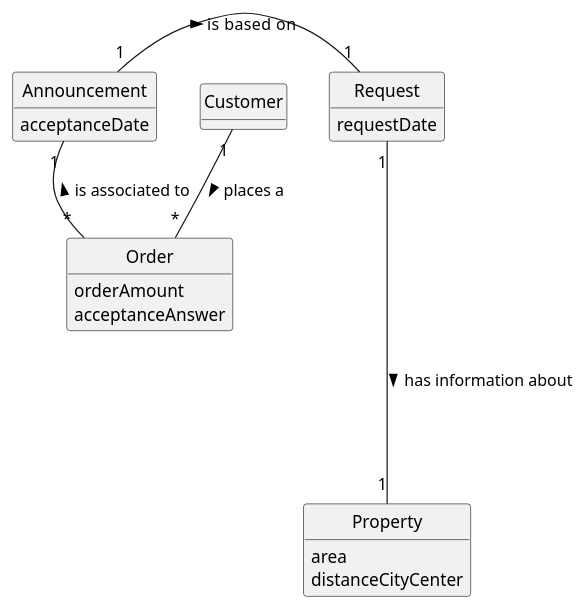
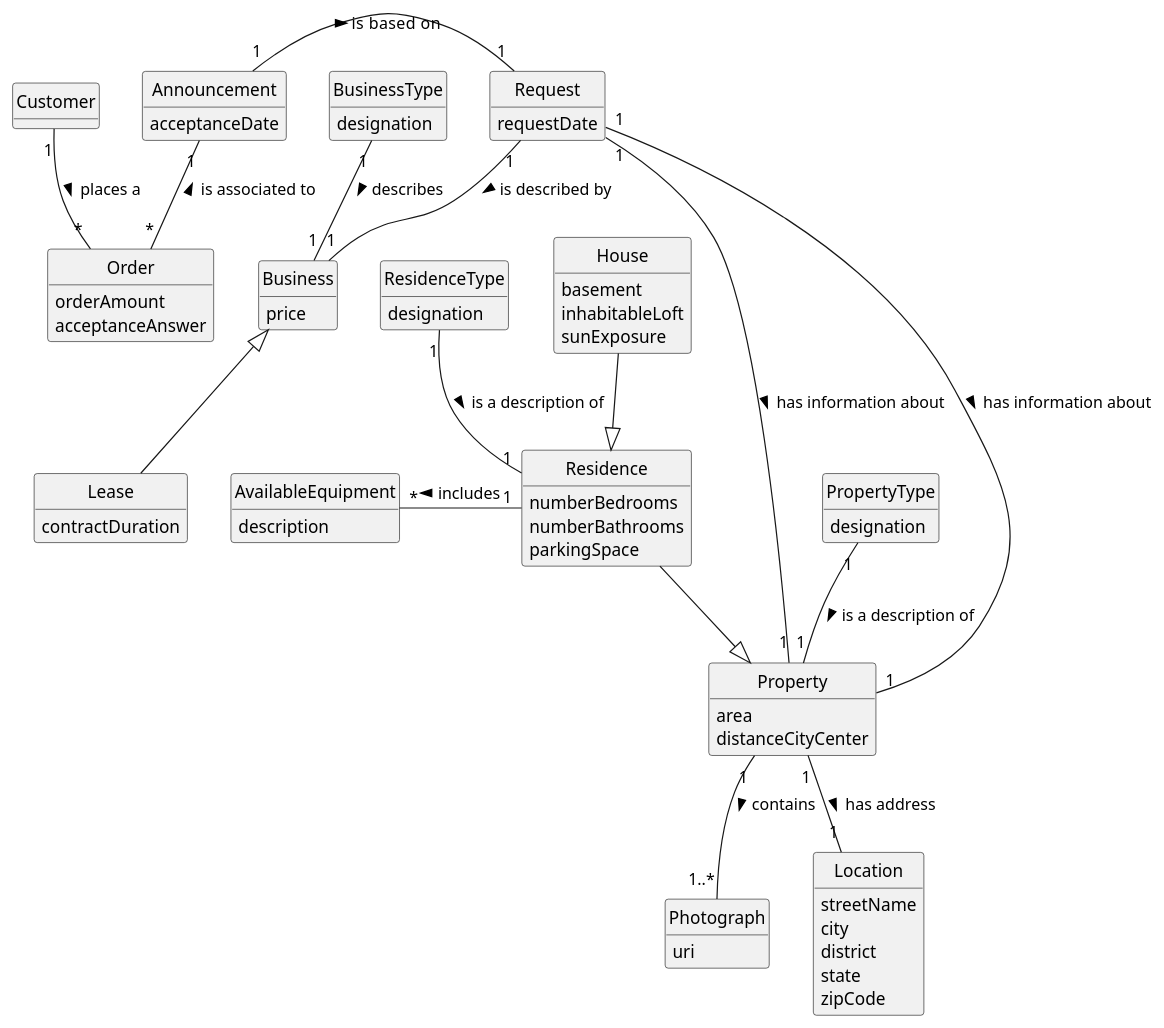
One commit to rita-barbosa/LAPR2-2223 changed the diagram in docs/sprintC/us010/02.analysis/puml/us010-domain-model.puml. Above: the diagram before and after it, drawn with PlantUML. The commit also changed 5 other files, not shown here.

```diff
--- a/docs/sprintC/us010/02.analysis/puml/us010-domain-model.puml
+++ b/docs/sprintC/us010/02.analysis/puml/us010-domain-model.puml
@@ -1,46 +1,109 @@
 @startuml
 skinparam monochrome true
 skinparam packageStyle rectangle
 skinparam shadowing false
 
 'left to right direction
 
 skinparam classAttributeIconSize 0
 
 hide circle
 hide methods
 
 'title Domain Model
 
 'class Platform {
 '  -description
 '}
 
 class Customer{
 }
 
 class Property{
  area
  distanceCityCenter
 }
 
 class Order {
 orderAmount
 acceptanceAnswer
 }
 
 class Announcement{
 acceptanceDate
 }
 
 class Request{
 requestDate
 }
 
+class Residence{
+numberBedrooms
+numberBathrooms
+parkingSpace
+}
+
+class AvailableEquipment{
+description
+}
+
+class House{
+ basement
+ inhabitableLoft
+ sunExposure
+}
+
+class PropertyType{
+designation
+}
+
+class ResidenceType{
+designation
+}
+
+class Photograph{
+uri
+}
+
+class Location{
+streetName
+city
+district
+state
+zipCode
+}
+
+class Business{
+price
+}
+
+class BusinessType{
+designation
+}
+
+class Lease{
+contractDuration
+}
+
+
+
+
 
 Customer "1" -- "*" Order : places a >
 Order "*" -up- "1" Announcement : is associated to >
 Announcement "1" - "1" Request : is  based on >
 Property "1" -up--- "1" Request : < has information about
+Residence  --|>  Property
+House --|> Residence
+PropertyType "1" -- "1" Property: is a description of >
+ResidenceType "1" -- "1" Residence: is a description of >
+Property "1" -- "1..*" Photograph: contains >
+Property "1"--"1" Location: has address >
+Residence "1" -left "*"AvailableEquipment: includes >
+Property "1" -up- "1" Request : < has information about
+Request "1" -- "1" Business: is described by >
+Business <|-- Lease
+BusinessType "1" -- "1" Business : describes >
+
 
 @enduml
```
